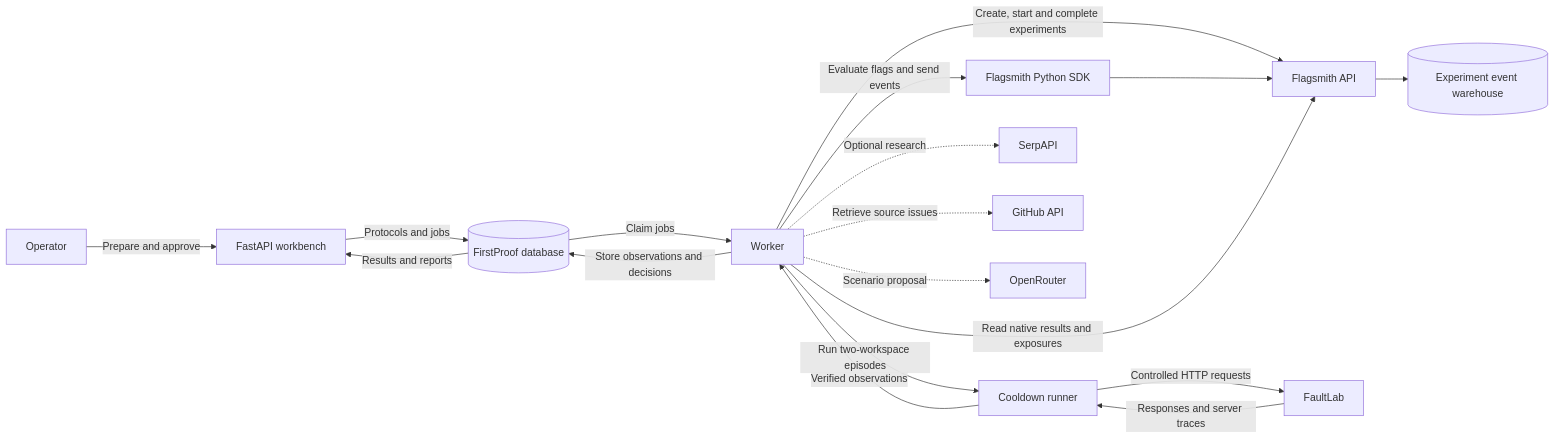
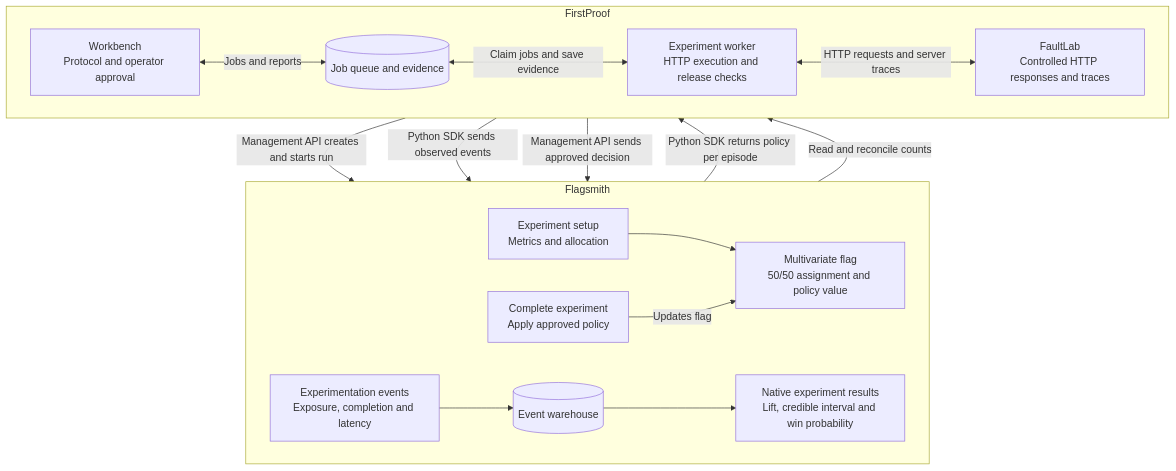
One commit to Ananay28425/FirstProof changed the diagram in README.md. Above: the diagram before and after it, drawn with Mermaid. The commit also changed other lines of this file, not shown here.

Commit message:
Show Flagsmith's role in the experiment lifecycle

````diff
--- a/README.md
+++ b/README.md
@@ -42,23 +42,32 @@
 ```mermaid
-flowchart LR
-    Operator[Operator] -->|Prepare and approve| Web[FastAPI workbench]
-    Web -->|Protocols and jobs| DB[(FirstProof database)]
-    DB -->|Claim jobs| Worker[Worker]
-    Worker -->|Store observations and decisions| DB
-    DB -->|Results and reports| Web
+flowchart TB
+    subgraph Flagsmith["Flagsmith"]
+        direction LR
+        Setup["Experiment setup<br/>Metrics and allocation"]
+        Flag["Multivariate flag<br/>50/50 assignment and policy value"]
+        Events["Experimentation events<br/>Exposure, completion and latency"]
+        Warehouse[("Event warehouse")]
+        Results["Native experiment results<br/>Lift, credible interval and win probability"]
+        Rollout["Complete experiment<br/>Apply approved policy"]
+        Setup --> Flag
+        Events --> Warehouse --> Results
+        Rollout -->|Updates flag| Flag
+    end
 
-    Worker -->|Create, start and complete experiments| Flagsmith[Flagsmith API]
-    Worker -->|Evaluate flags and send events| SDK[Flagsmith Python SDK]
-    SDK --> Flagsmith
-    Flagsmith --> Warehouse[(Experiment event warehouse)]
-    Worker -->|Read native results and exposures| Flagsmith
+    subgraph FirstProof["FirstProof"]
+        direction LR
+        Web["Workbench<br/>Protocol and operator approval"]
+        DB[("Job queue and evidence")]
+        Worker["Experiment worker<br/>HTTP execution and release checks"]
+        FaultLab["FaultLab<br/>Controlled HTTP responses and traces"]
+        Web <-->|Jobs and reports| DB
+        DB <-->|Claim jobs and save evidence| Worker
+        Worker <-->|HTTP requests and server traces| FaultLab
+    end
 
-    Worker -->|Run two-workspace episodes| Runner[Cooldown runner]
-    Runner -->|Controlled HTTP requests| FaultLab[FaultLab]
-    FaultLab -->|Responses and server traces| Runner
-    Runner -->|Verified observations| Worker
-
-    Worker -. Optional research .-> SerpAPI[SerpAPI]
-    Worker -. Retrieve source issues .-> GitHub[GitHub API]
-    Worker -. Scenario proposal .-> OpenRouter[OpenRouter]
+    Worker -->|Management API creates and starts run| Setup
+    Flag -->|Python SDK returns policy per episode| Worker
+    Worker -->|Python SDK sends observed events| Events
+    Results -->|Read and reconcile counts| Worker
+    Worker -->|Management API sends approved decision| Rollout
 ```
````
